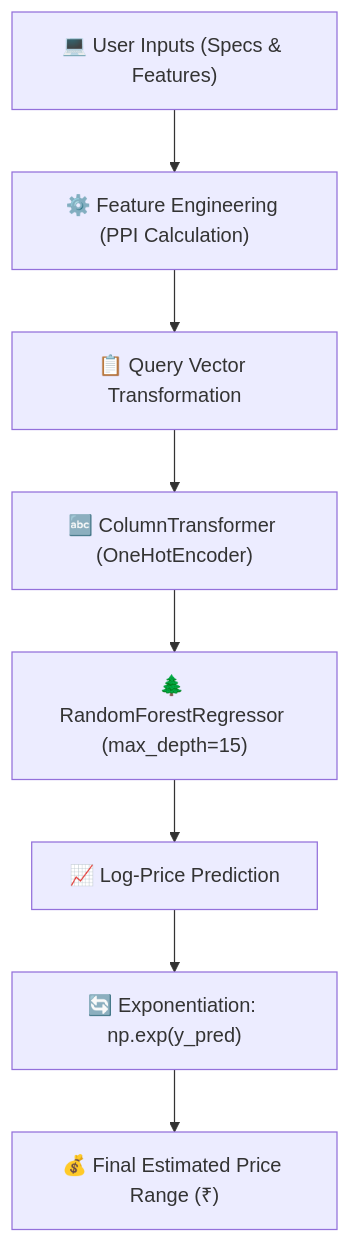
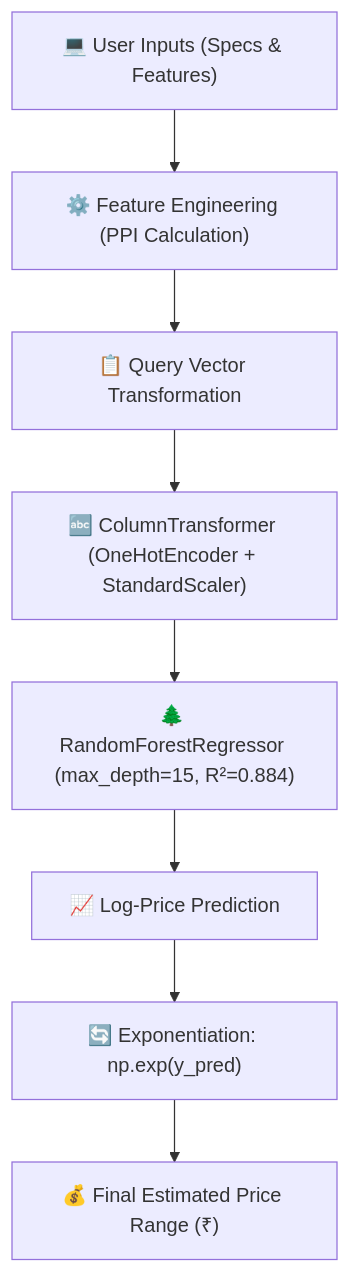
One commit to anushka2128/Laptop-price-predictor changed the diagram in README.md. Above: the diagram before and after it, drawn with Mermaid. The commit also changed other lines of this file and 8 other files, not shown here.

````diff
--- a/README.md
+++ b/README.md
@@ -38,10 +38,10 @@
 ```mermaid
 flowchart TD
     A["💻 User Inputs (Specs & Features)"] --> B["⚙️ Feature Engineering (PPI Calculation)"]
     B --> C["📋 Query Vector Transformation"]
-    C --> D["🔤 ColumnTransformer (OneHotEncoder)"]
-    D --> E["🌲 RandomForestRegressor (max_depth=15)"]
+    C --> D["🔤 ColumnTransformer (OneHotEncoder + StandardScaler)"]
+    D --> E["🌲 RandomForestRegressor (max_depth=15, R²=0.884)"]
     E --> F["📈 Log-Price Prediction"]
     F --> G["🔄 Exponentiation: np.exp(y_pred)"]
     G --> H["💰 Final Estimated Price Range (₹)"]
 ```
````
